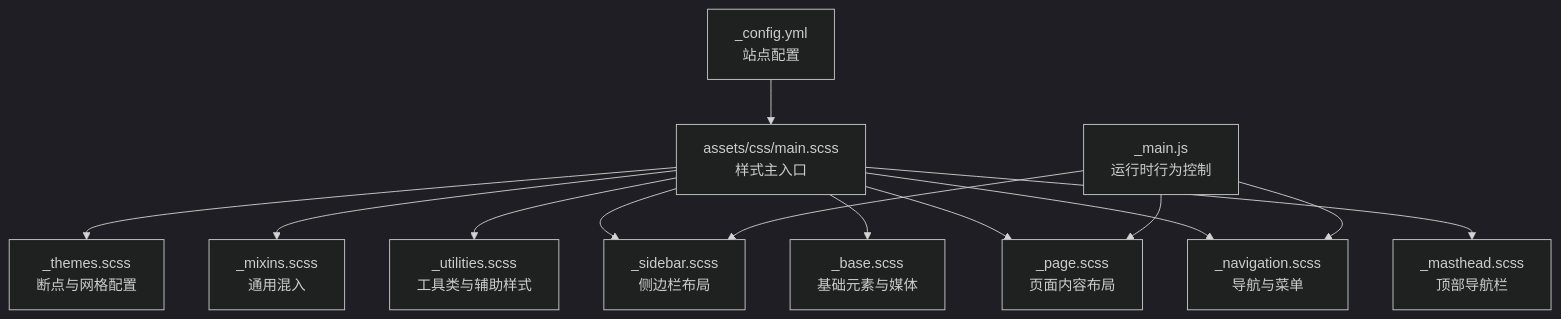
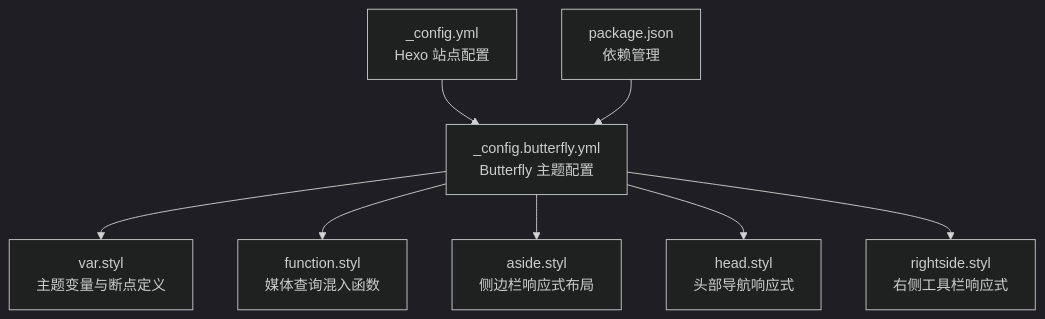
One commit to CoolPig0720/CoolPig0720.github.io changed the first of 5 diagrams in .qoder/repowiki/zh/content/主题和样式系统/响应式设计实现.md. Above: the diagram before and after it, drawn with Mermaid (dark theme). The commit also changed other lines of this file and 36 other files, not shown here.

````diff
--- a/.qoder/repowiki/zh/content/主题和样式系统/响应式设计实现.md
+++ b/.qoder/repowiki/zh/content/主题和样式系统/响应式设计实现.md
@@ -44,15 +49,10 @@
 ```mermaid
 graph TB
-A["_config.yml<br/>站点配置"] --> B["assets/css/main.scss<br/>样式主入口"]
-B --> C["_themes.scss<br/>断点与网格配置"]
-B --> D["_mixins.scss<br/>通用混入"]
-B --> E["_utilities.scss<br/>工具类与辅助样式"]
-B --> F["_sidebar.scss<br/>侧边栏布局"]
-B --> G["_base.scss<br/>基础元素与媒体"]
-B --> H["_page.scss<br/>页面内容布局"]
-B --> I["_navigation.scss<br/>导航与菜单"]
-B --> J["_masthead.scss<br/>顶部导航栏"]
-K["_main.js<br/>运行时行为控制"] --> I
-K --> F
-K --> H
+A["_config.yml<br/>Hexo 站点配置"] --> B["_config.butterfly.yml<br/>Butterfly 主题配置"]
+B --> C["var.styl<br/>主题变量与断点定义"]
+B --> D["function.styl<br/>媒体查询混入函数"]
+B --> E["aside.styl<br/>侧边栏响应式布局"]
+B --> F["head.styl<br/>头部导航响应式"]
+B --> G["rightside.styl<br/>右侧工具栏响应式"]
+H["package.json<br/>依赖管理"] --> B
 ```
````
